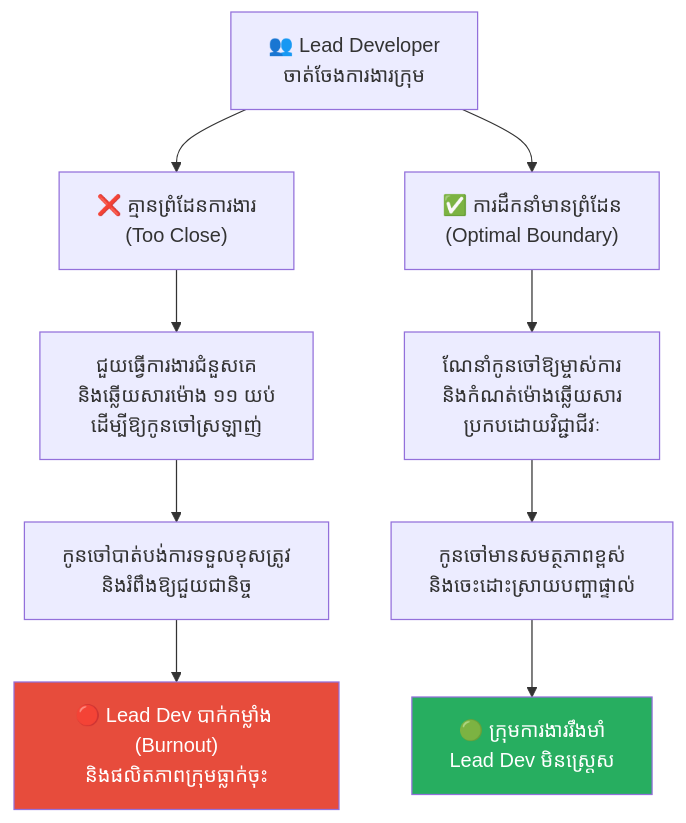
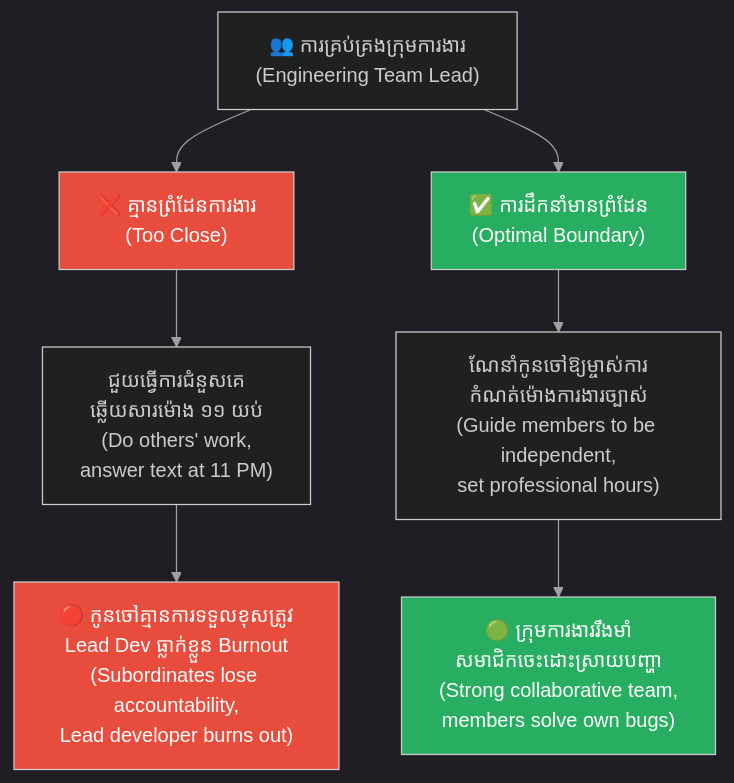
One commit to GuideStack/iblogger-feeds changed the second of 5 diagrams in feeds/concepts/articles/07-hedgehog-dilemma.md. Above: the diagram before and after it, drawn with Mermaid. The commit also changed other lines of this file, not shown here.

Commit message:
docs: upgrade 07-hedgehog-dilemma.md to bilingual layout and styled diagrams

````diff
--- a/feeds/concepts/articles/07-hedgehog-dilemma.md
+++ b/feeds/concepts/articles/07-hedgehog-dilemma.md
@@ -95,16 +153,25 @@
 ```mermaid
+%%{init: {
+  'theme': 'dark',
+  'themeVariables': {
+    'background': '#1e1e1e',
+    'primaryTextColor': '#ffffff',
+    'lineColor': '#a0a0a0'
+  },
+  'themeCSS': 'svg { background-color: #1e1e1e !important; padding: 1rem !important; border-radius: 8px !important; } .edgeLabel rect { fill: #1e1e1e !important; } text, tspan { fill: #ffffff !important; }'
+}}%%
 graph TD
-    A["👥 Lead Developer<br/>ចាត់ចែងការងារក្រុម"] --> B1["❌ គ្មានព្រំដែនការងារ<br/>(Too Close)"]
+    A["👥 ការគ្រប់គ្រងក្រុមការងារ<br/>(Engineering Team Lead)"] --> B1["❌ គ្មានព្រំដែនការងារ<br/>(Too Close)"]
     A --> B2["✅ ការដឹកនាំមានព្រំដែន<br/>(Optimal Boundary)"]
-    
-    B1 --> C1["ជួយធ្វើការងារជំនួសគេ<br/>និងឆ្លើយសារម៉ោង ១១ យប់<br/>ដើម្បីឱ្យកូនចៅស្រឡាញ់"]
-    C1 --> D1["កូនចៅបាត់បង់ការទទួលខុសត្រូវ<br/>និងរំពឹងឱ្យជួយជានិច្ច"]
-    D1 --> E1["🔴 Lead Dev បាក់កម្លាំង (Burnout)<br/>និងផលិតភាពក្រុមធ្លាក់ចុះ"]
-    
-    B2 --> C2["ណែនាំកូនចៅឱ្យម្ចាស់ការ<br/>និងកំណត់ម៉ោងឆ្លើយសារ<br/>ប្រកបដោយវិជ្ជាជីវៈ"]
-    C2 --> D2["កូនចៅមានសមត្ថភាពខ្ពស់<br/>និងចេះដោះស្រាយបញ្ហាផ្ទាល់"]
-    D2 --> E2["🟢 ក្រុមការងាររឹងមាំ<br/>Lead Dev មិនស្ត្រេស"]
 
-    style E1 fill:#e74c3c,color:#fff
-    style E2 fill:#27ae60,color:#fff
+    B1 --> C1["ជួយធ្វើការជំនួសគេ<br/>ឆ្លើយសារម៉ោង ១១ យប់<br/>(Do others' work,<br/>answer text at 11 PM)"]
+    C1 --> D1["🔴 កូនចៅគ្មានការទទួលខុសត្រូវ<br/>Lead Dev ធ្លាក់ខ្លួន Burnout<br/>(Subordinates lose accountability,<br/>Lead developer burns out)"]
+
+    B2 --> C2["ណែនាំកូនចៅឱ្យម្ចាស់ការ<br/>កំណត់ម៉ោងការងារច្បាស់<br/>(Guide members to be independent,<br/>set professional hours)"]
+    C2 --> D2["🟢 ក្រុមការងាររឹងមាំ<br/>សមាជិកចេះដោះស្រាយបញ្ហា<br/>(Strong collaborative team,<br/>members solve own bugs)"]
+
+    style B1 fill:#e74c3c,color:#fff
+    style B2 fill:#27ae60,color:#fff
+    style D1 fill:#e74c3c,color:#fff
+    style D2 fill:#27ae60,color:#fff
 ```
````
